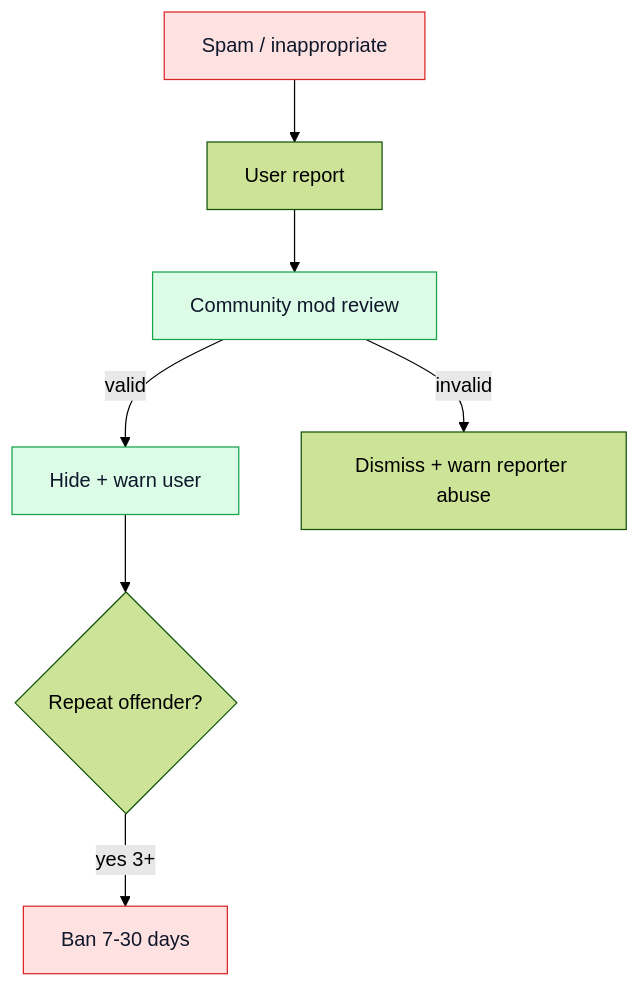
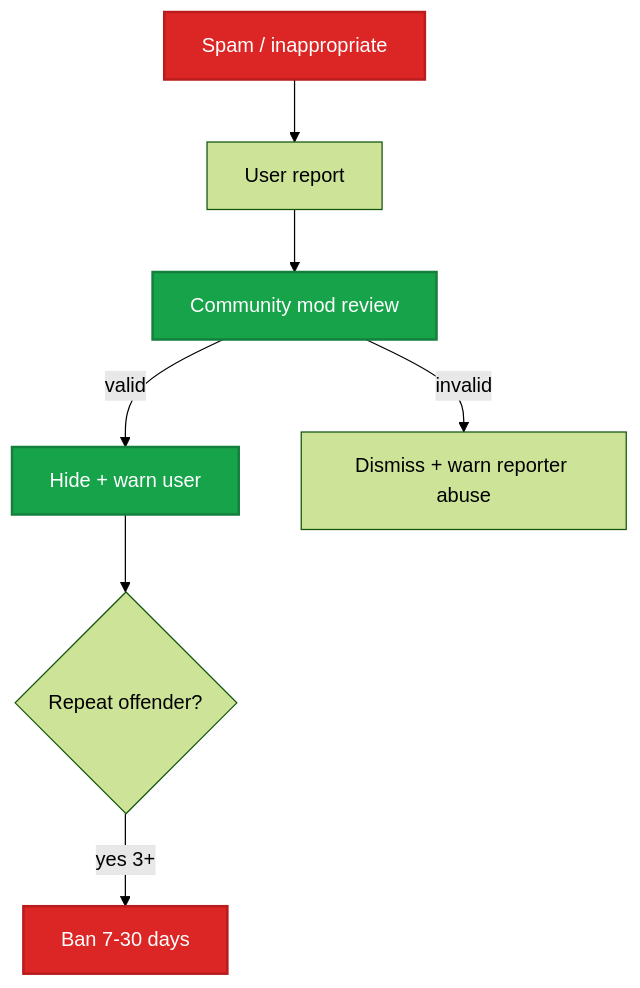
One commit to PrediX-Protocol/predix-docs changed the third of 3 diagrams in vi_v6/cong-dong/discussion.md. Above: the diagram before and after it, drawn with Mermaid (forest theme). The commit also changed other lines of this file and 32 other files, not shown here.

First line of the commit message:
docs(vi_v6): redesign Mermaid theme — solid mid-tone palette + dark theme

````diff
--- a/vi_v6/cong-dong/discussion.md
+++ b/vi_v6/cong-dong/discussion.md
@@ -123,14 +123,14 @@
 ```mermaid
 flowchart TD
     Spam[Spam / inappropriate] --> Report[User report]
     Report --> Mod[Community mod review]
     Mod -->|valid| Action[Hide + warn user]
     Mod -->|invalid| Dismiss[Dismiss + warn reporter abuse]
     Action --> Repeat{Repeat offender?}
     Repeat -->|yes 3+| Ban[Ban 7-30 days]
 
-    classDef bad fill:#fee2e2,stroke:#dc2626,color:#0f172a
-    classDef good fill:#dcfce7,stroke:#16a34a,color:#0f172a
+    classDef bad fill:#dc2626,stroke:#b91c1c,color:#fff,stroke-width:2px
+    classDef good fill:#16a34a,stroke:#15803d,color:#fff,stroke-width:2px
     class Spam,Ban bad
     class Action,Mod good
 ```
````
